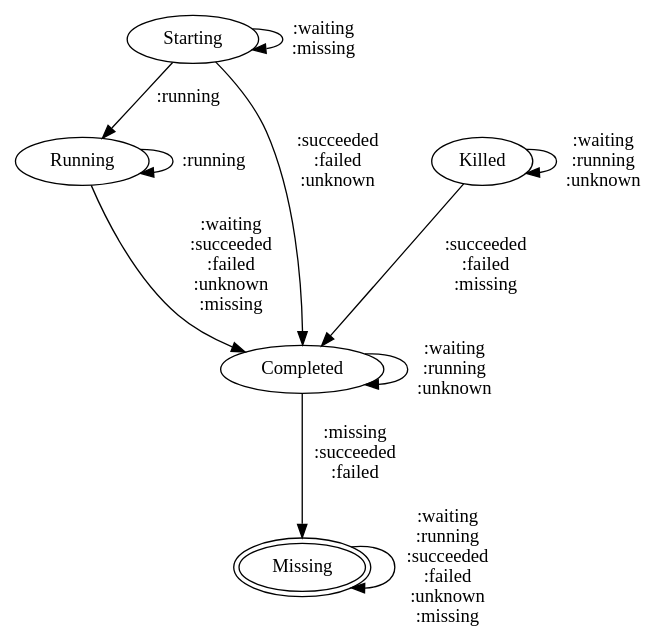
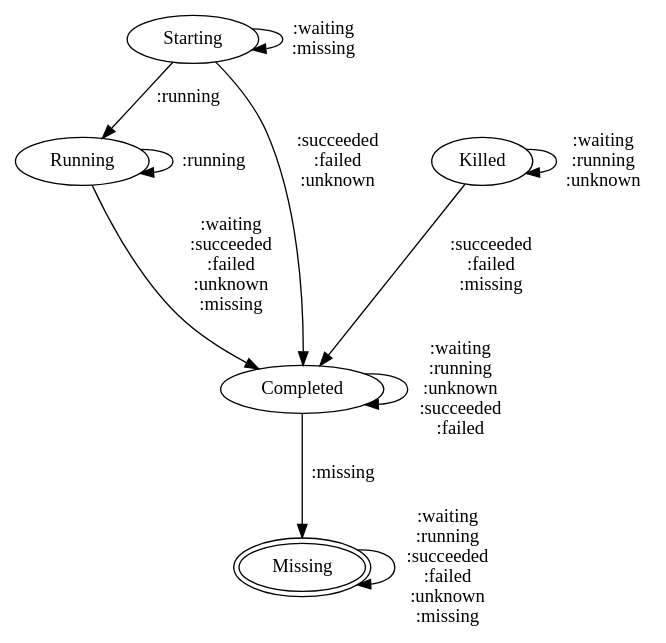
Before and after one commit to twosigma/Cook: the diagram in scheduler/docs/kubernetes-state.dot, drawn with Graphviz. The commit also changed 1 other file, not shown here.

```diff
--- a/scheduler/docs/kubernetes-state.dot
+++ b/scheduler/docs/kubernetes-state.dot
@@ -1,20 +1,20 @@
 # A graph showing valid transitions from expected states to expected states. Edges are annotated with
 # which kubernetes staes the system may be in when it makes the transition.
 
 digraph g {
         Starting -> Starting [label=":waiting\n:missing"]
         Starting -> Running [label=":running"]
         Starting -> Completed [label=":succeeded\n:failed\n:unknown"]
 
         Running -> Running [label=":running"]
         Running -> Completed [label=":waiting\n:succeeded\n:failed\n:unknown\n:missing"]
 
-        Completed -> Completed [label=":waiting\n:running\n:unknown\n"]        
-        Completed -> Missing [label=":missing\n:succeeded\n:failed"]        
+        Completed -> Completed [label=":waiting\n:running\n:unknown\n:succeeded\n:failed"]
+        Completed -> Missing [label=":missing"]
 
-        Killed -> Killed [label=":waiting\n:running\n:unknown\n"]        
+        Killed -> Killed [label=":waiting\n:running\n:unknown\n"]
         Killed -> Completed [label=":succeeded\n:failed\n:missing"]
 
         Missing [peripheries=2]
         Missing -> Missing [label=":waiting\n:running\n:succeeded\n:failed\n:unknown\n:missing"]
 }
```
